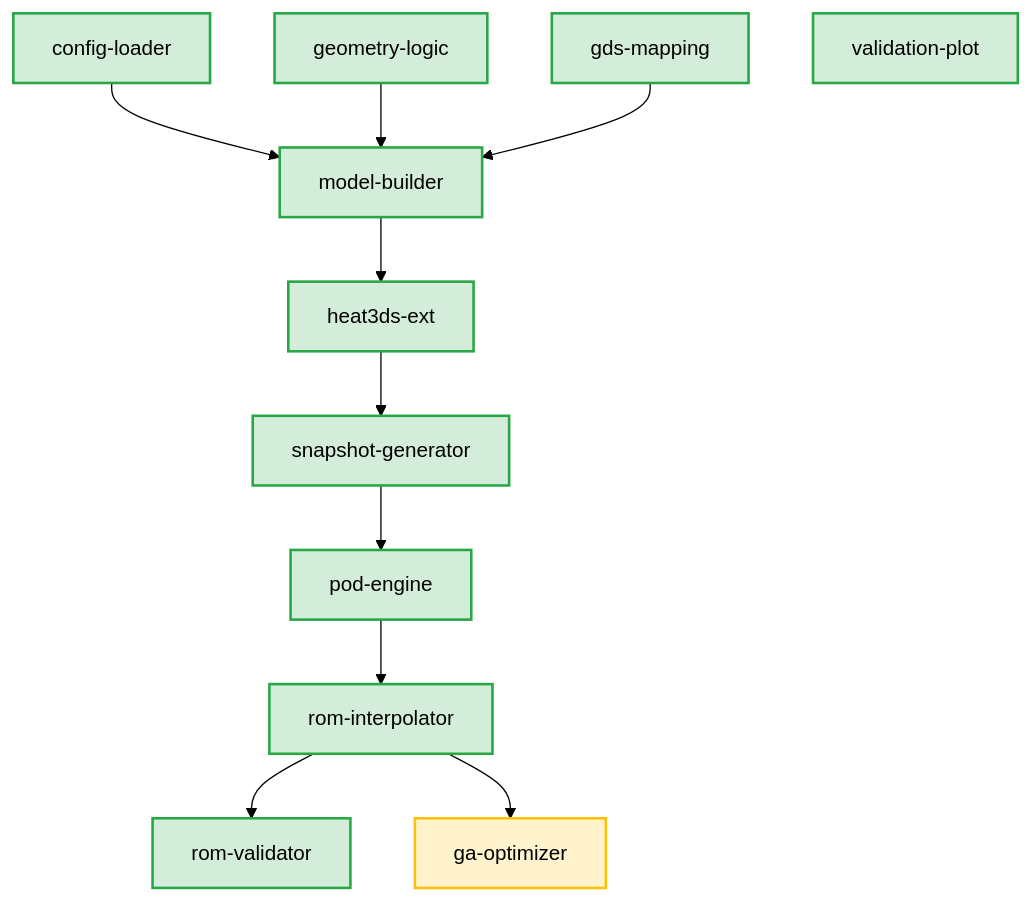
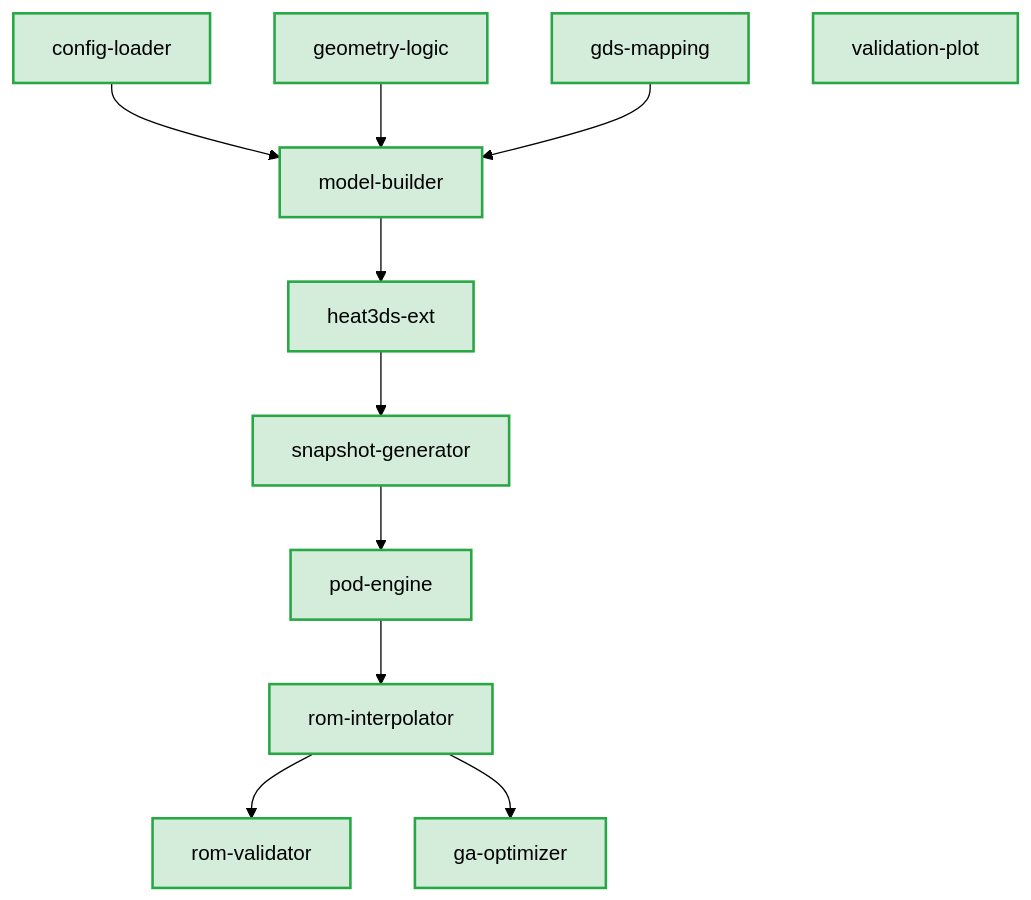
One commit to Daioku799/somad_dev3 changed the diagram in system_spec_status.md. Above: the diagram before and after it, drawn with Mermaid (forest theme). The commit also changed other lines of this file and 5 other files, not shown here.

````diff
--- a/system_spec_status.md
+++ b/system_spec_status.md
@@ -5,16 +5,16 @@
 ```mermaid
 graph TD
     classDef finished fill:#d4edda,stroke:#28a745,stroke-width:2px;
     classDef progress fill:#fff3cd,stroke:#ffc107,stroke-width:2px;
 
     Config[config-loader]:::finished --> Model[model-builder]:::finished
     Geom[geometry-logic]:::finished --> Model
     GDS[gds-mapping]:::finished --> Model
     Model --> FVM[heat3ds-ext]:::finished
     FVM --> Snap[snapshot-generator]:::finished
     Snap --> POD[pod-engine]:::finished
     POD --> ROM[rom-interpolator]:::finished
     ROM --> Val[rom-validator]:::finished
-    ROM --> GA[ga-optimizer]:::progress
+    ROM --> GA[ga-optimizer]:::finished
     ValPlot[validation-plot]:::finished
 ```
````
